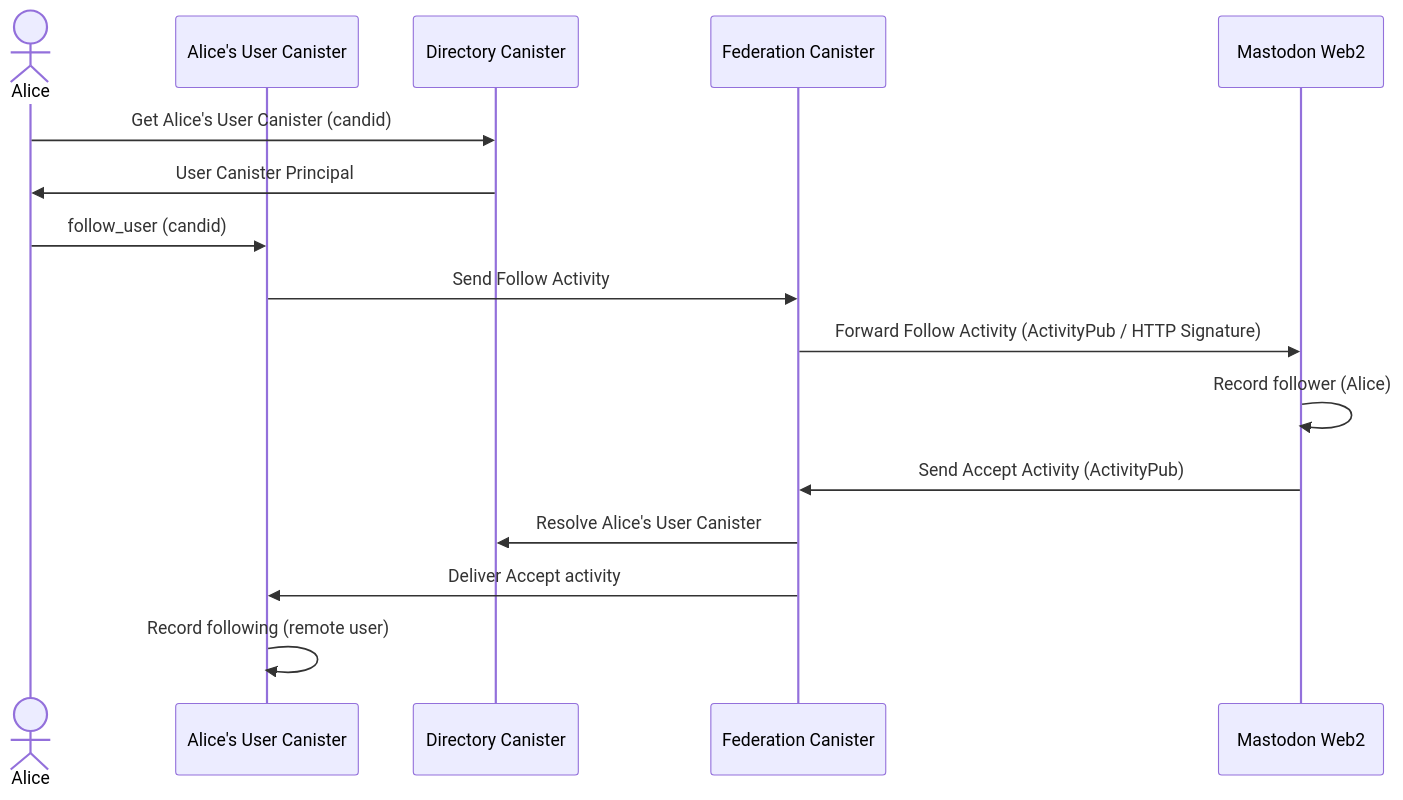
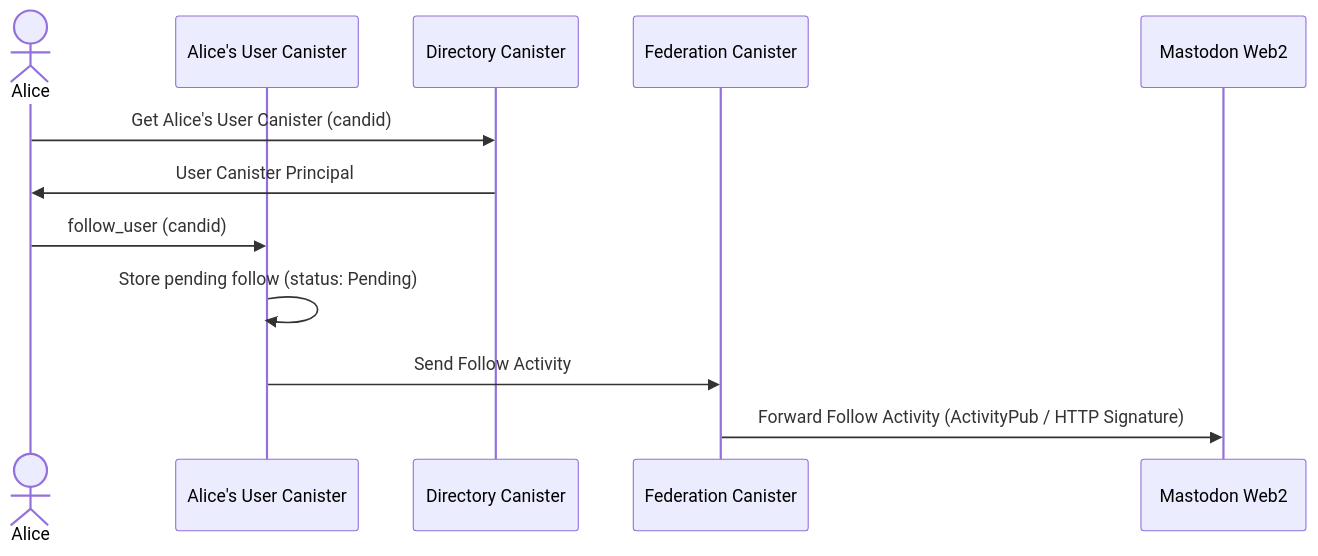
The sixth of 18 diagrams in docs/src/project/flows.md (veeso/mastic), drawn with Mermaid before and after one commit. The commit also changed other lines of this file and 22 other files, not shown here.

First line of the commit message:
feat(user): implement accept_follow and reject_follow endpoints

````diff
--- a/docs/src/project/flows.md
+++ b/docs/src/project/flows.md
@@ -116,19 +118,15 @@
 ```mermaid
 sequenceDiagram
     actor A as Alice
     participant UC as Alice's User Canister
     participant DIR as Directory Canister
     participant FED as Federation Canister
     participant M as Mastodon Web2
 
     A->>DIR: Get Alice's User Canister (candid)
     DIR->>A: User Canister Principal
     A->>UC: follow_user (candid)
+    UC->>UC: Store pending follow (status: Pending)
     UC->>FED: Send Follow Activity
     FED->>M: Forward Follow Activity (ActivityPub / HTTP Signature)
-    M->>M: Record follower (Alice)
-    M->>FED: Send Accept Activity (ActivityPub)
-    FED->>DIR: Resolve Alice's User Canister
-    FED->>UC: Deliver Accept activity
-    UC->>UC: Record following (remote user)
 ```
````
